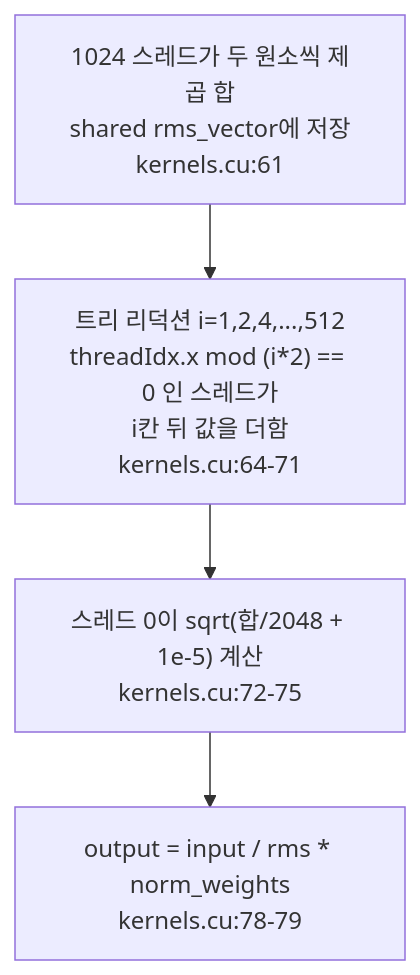
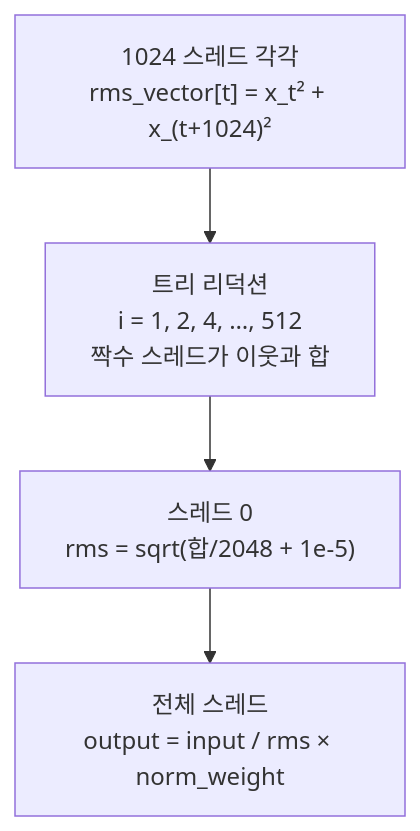
The second of 2 diagrams in data/code-series/jmaczan--tiny-vllm/articles/ko-03.md (ryujaehun/ryujaehun.github.io), drawn with Mermaid before and after one commit. The commit also changed other lines of this file and 27 other files, not shown here.

````diff
--- a/data/code-series/jmaczan--tiny-vllm/articles/ko-03.md
+++ b/data/code-series/jmaczan--tiny-vllm/articles/ko-03.md
@@ -117,6 +117,6 @@
 ```mermaid
 flowchart TD
-    A["1024 스레드가 두 원소씩 제곱 합<br/>shared rms_vector에 저장<br/>kernels.cu:61"] --> B["트리 리덕션 i=1,2,4,...,512<br/>threadIdx.x mod (i*2) == 0 인 스레드가<br/>i칸 뒤 값을 더함<br/>kernels.cu:64-71"]
-    B --> C["스레드 0이 sqrt(합/2048 + 1e-5) 계산<br/>kernels.cu:72-75"]
-    C --> D["output = input / rms * norm_weights<br/>kernels.cu:78-79"]
+    A["1024 스레드 각각<br/>rms_vector[t] = x_t² + x_(t+1024)²"] --> B["트리 리덕션<br/>i = 1, 2, 4, …, 512<br/>짝수 스레드가 이웃과 합"]
+    B --> C["스레드 0<br/>rms = sqrt(합/2048 + 1e-5)"]
+    C --> D["전체 스레드<br/>output = input / rms × norm_weight"]
 ```
````
